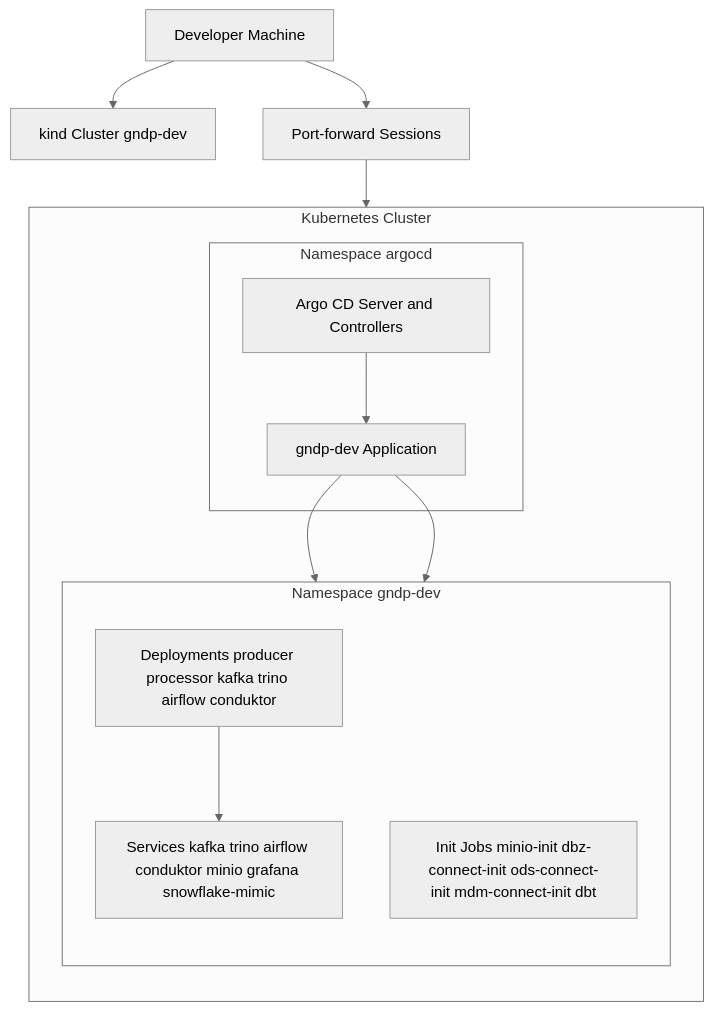
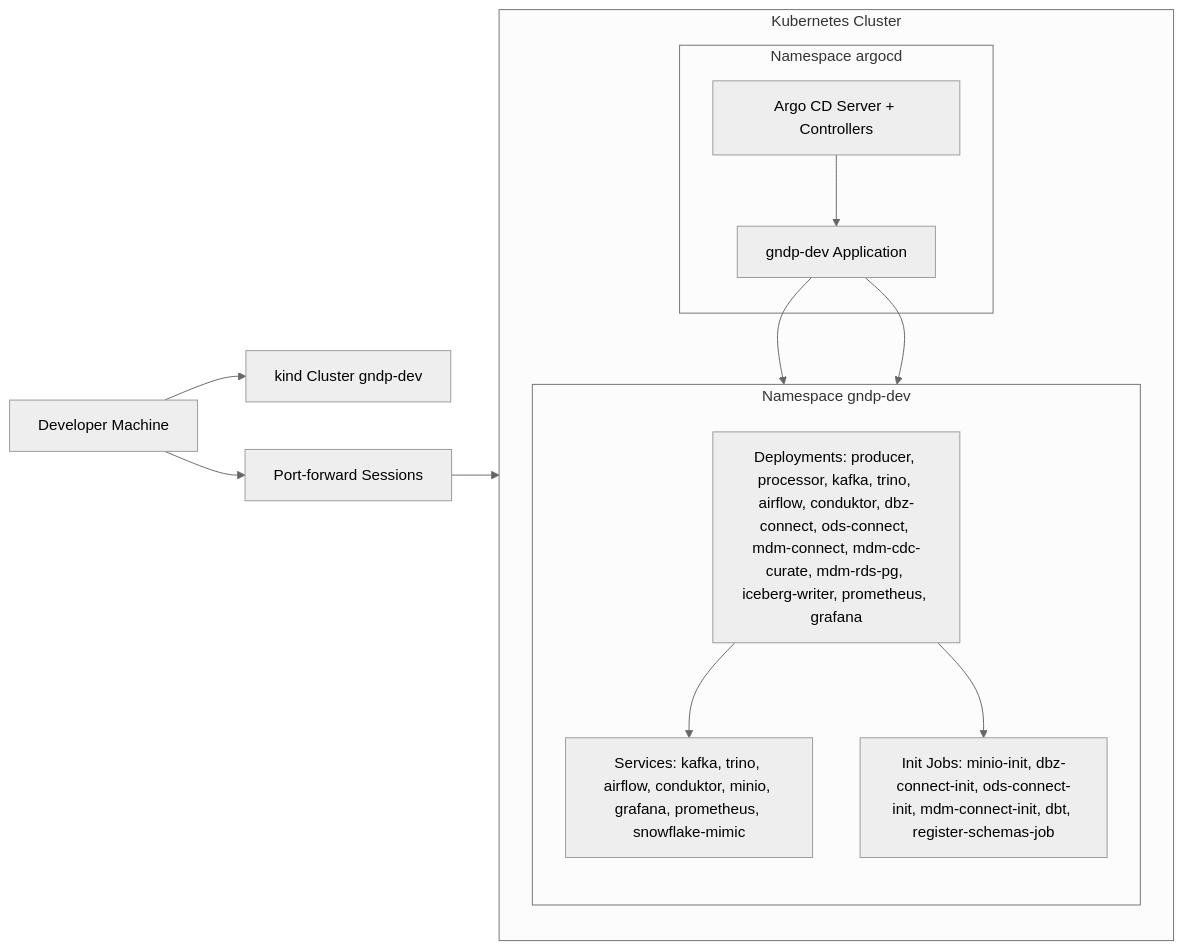
Before and after one commit to paulchen8206/Full-Stack-Modern-Data-Architecture-and-Engineering: the second of 2 diagrams in docs/deployment.md, drawn with Mermaid (neutral theme). The commit also changed other lines of this file and 18 other files, not shown here.

````diff
--- a/docs/deployment.md
+++ b/docs/deployment.md
@@ -370,26 +369,27 @@
 ```mermaid
-flowchart TB
+flowchart LR
   DEV[Developer Machine] --> KIND[kind Cluster gndp-dev]
   DEV --> PF[Port-forward Sessions]
 
   subgraph CLUSTER[Kubernetes Cluster]
     direction TB
     subgraph ARGO[Namespace argocd]
-      ACD[Argo CD Server and Controllers]
+      ACD[Argo CD Server + Controllers]
       APP[gndp-dev Application]
     end
 
     subgraph WORK[Namespace gndp-dev]
       direction TB
-      DEP[Deployments producer processor kafka trino airflow conduktor]
-      JOBS[Init Jobs minio-init dbz-connect-init ods-connect-init mdm-connect-init dbt]
-      SVC[Services kafka trino airflow conduktor minio grafana snowflake-mimic]
+      DEP[Deployments: producer, processor, kafka, trino, airflow, conduktor, dbz-connect, ods-connect, mdm-connect, mdm-cdc-curate, mdm-rds-pg, iceberg-writer, prometheus, grafana]
+      JOBS[Init Jobs: minio-init, dbz-connect-init, ods-connect-init, mdm-connect-init, dbt, register-schemas-job]
+      SVC[Services: kafka, trino, airflow, conduktor, minio, grafana, prometheus, snowflake-mimic]
     end
   end
 
   ACD --> APP
   APP --> DEP
   APP --> JOBS
   DEP --> SVC
+  DEP --> JOBS
   PF --> SVC
 ```
````
